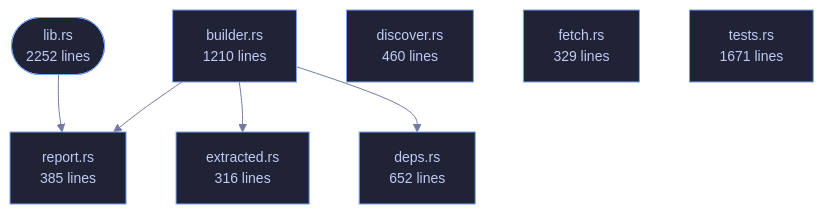
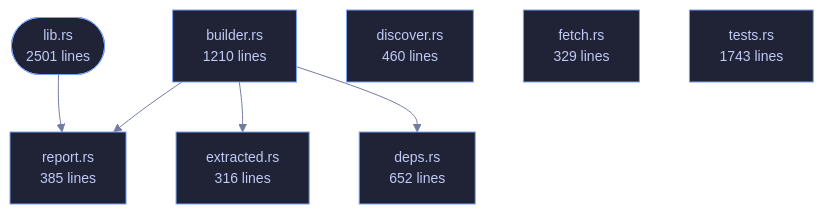
The diagram in crates/veilvoice-verify/README.md (tilas01/veilvoice), drawn with Mermaid before and after one commit. The commit also changed other lines of this file and 40 other files, not shown here.

````diff
--- a/crates/veilvoice-verify/README.md
+++ b/crates/veilvoice-verify/README.md
@@ -93,24 +93,24 @@
 ```mermaid
 %%{init: {"theme":"base","themeVariables":{"background":"#1a1b26","primaryColor":"#1f2335","primaryTextColor":"#c0caf5","primaryBorderColor":"#7aa2f7","secondaryColor":"#16161e","tertiaryColor":"#16161e","lineColor":"#737aa2","textColor":"#c0caf5","mainBkg":"#1f2335","nodeBorder":"#7aa2f7","clusterBkg":"#16161e","clusterBorder":"#2f3549","fontFamily":"ui-monospace, SFMono-Regular, Consolas, monospace","fontSize":"14px"}}}%%
 flowchart TD
-    n_lib(["lib.rs<br/>2252 lines"])
+    n_lib(["lib.rs<br/>2501 lines"])
     n_builder["builder.rs<br/>1210 lines"]
     n_deps["deps.rs<br/>652 lines"]
     n_discover["discover.rs<br/>460 lines"]
     n_extracted["extracted.rs<br/>316 lines"]
     n_fetch["fetch.rs<br/>329 lines"]
     n_report["report.rs<br/>385 lines"]
-    n_tests["tests.rs<br/>1671 lines"]
+    n_tests["tests.rs<br/>1743 lines"]
     n_builder --> n_deps
     n_builder --> n_extracted
     n_builder --> n_report
     n_lib --> n_report
     click n_lib href "https://github.com/tilas01/veilvoice/blob/main/crates/veilvoice-verify/src/lib.rs" "open the source"
     click n_builder href "https://github.com/tilas01/veilvoice/blob/main/crates/veilvoice-verify/src/builder.rs" "open the source"
     click n_deps href "https://github.com/tilas01/veilvoice/blob/main/crates/veilvoice-verify/src/deps.rs" "open the source"
     click n_discover href "https://github.com/tilas01/veilvoice/blob/main/crates/veilvoice-verify/src/discover.rs" "open the source"
     click n_extracted href "https://github.com/tilas01/veilvoice/blob/main/crates/veilvoice-verify/src/extracted.rs" "open the source"
     click n_fetch href "https://github.com/tilas01/veilvoice/blob/main/crates/veilvoice-verify/src/fetch.rs" "open the source"
     click n_report href "https://github.com/tilas01/veilvoice/blob/main/crates/veilvoice-verify/src/report.rs" "open the source"
     click n_tests href "https://github.com/tilas01/veilvoice/blob/main/crates/veilvoice-verify/src/tests.rs" "open the source"
 ```
````
